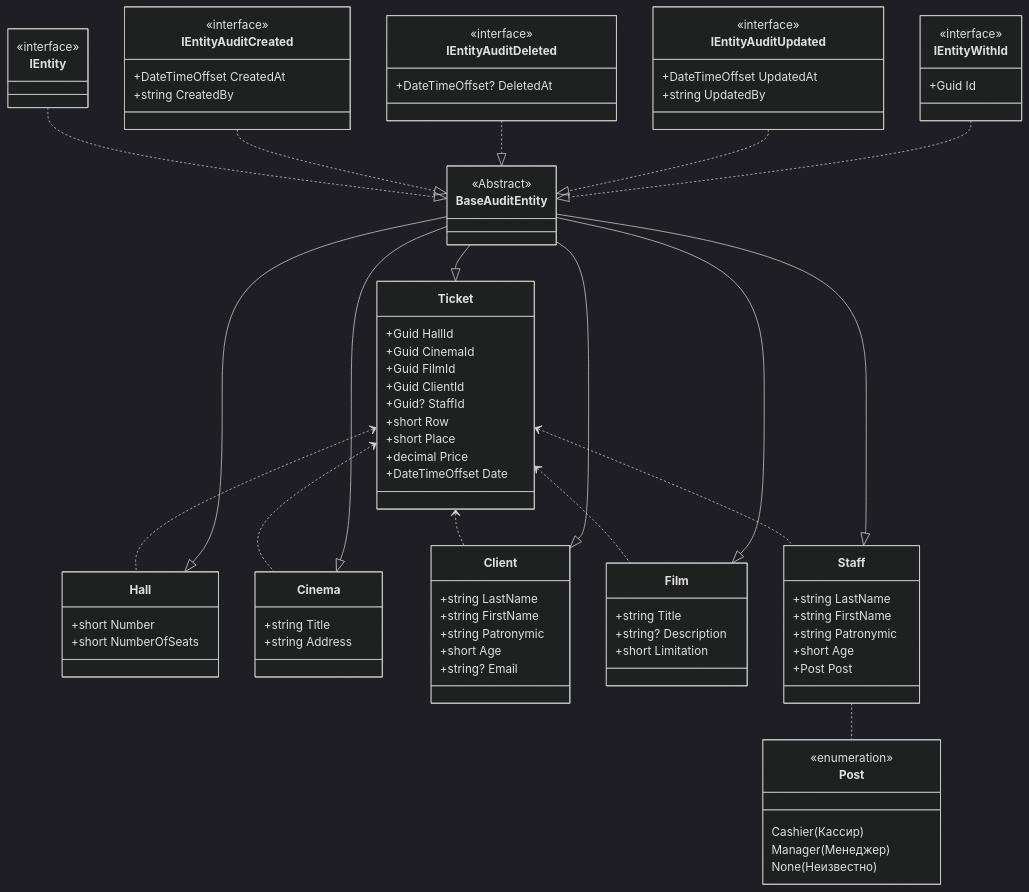
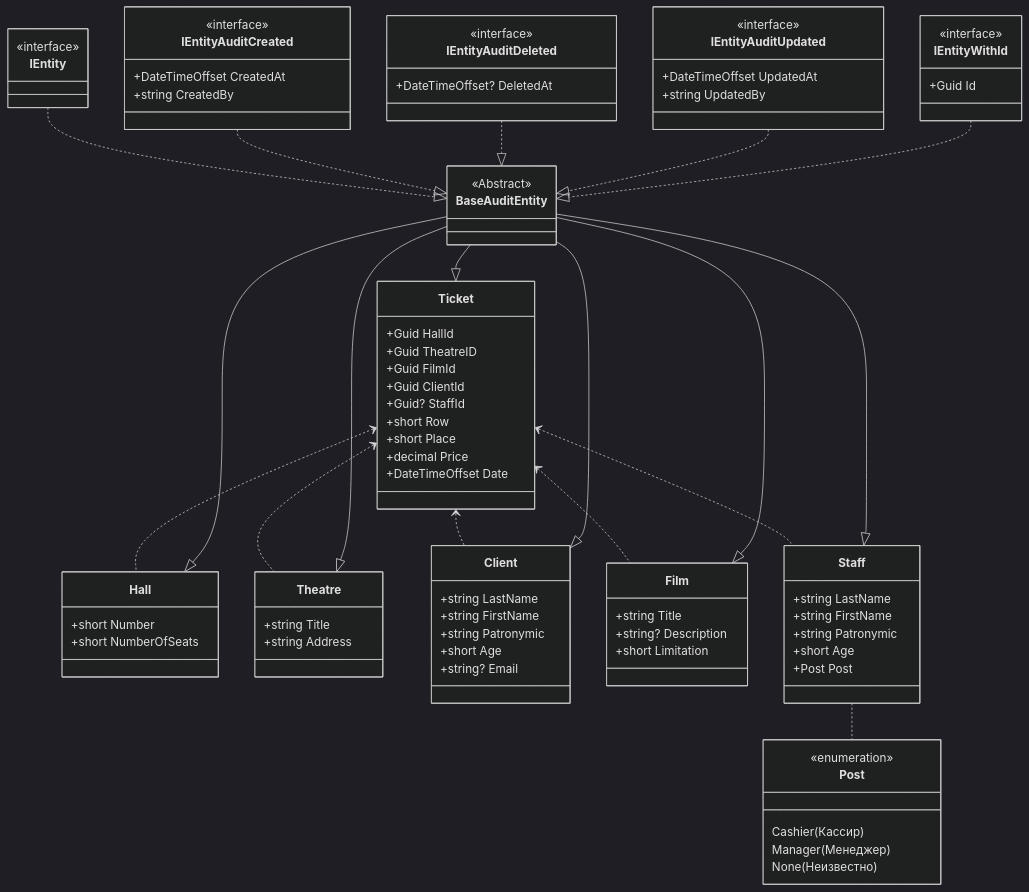
One commit to DimaX456/apiso changed the diagram in README.md. Above: the diagram before and after it, drawn with Mermaid (dark theme).

````diff
--- a/README.md
+++ b/README.md
@@ -2,13 +2,13 @@
  ```mermaid
     classDiagram
     Ticket <.. Hall
-    Ticket <.. Cinema
+    Ticket <.. Theatre
     Ticket <.. Client
     Ticket <.. Film
     Ticket <.. Staff
     Staff .. Post
     BaseAuditEntity --|> Hall
-    BaseAuditEntity --|> Cinema
+    BaseAuditEntity --|> Theatre
     BaseAuditEntity --|> Client
     BaseAuditEntity --|> Film
     BaseAuditEntity --|> Ticket
@@ -43,7 +43,7 @@
         +short Number
         +short NumberOfSeats
     }
-    class Cinema{
+    class Theatre{
         +string Title
         +string Address
     }
@@ -69,7 +69,7 @@
     }
     class Ticket {
         +Guid HallId 
-        +Guid CinemaId
+        +Guid TheatreID
         +Guid FilmId
         +Guid ClientId
         +Guid? StaffId
````
